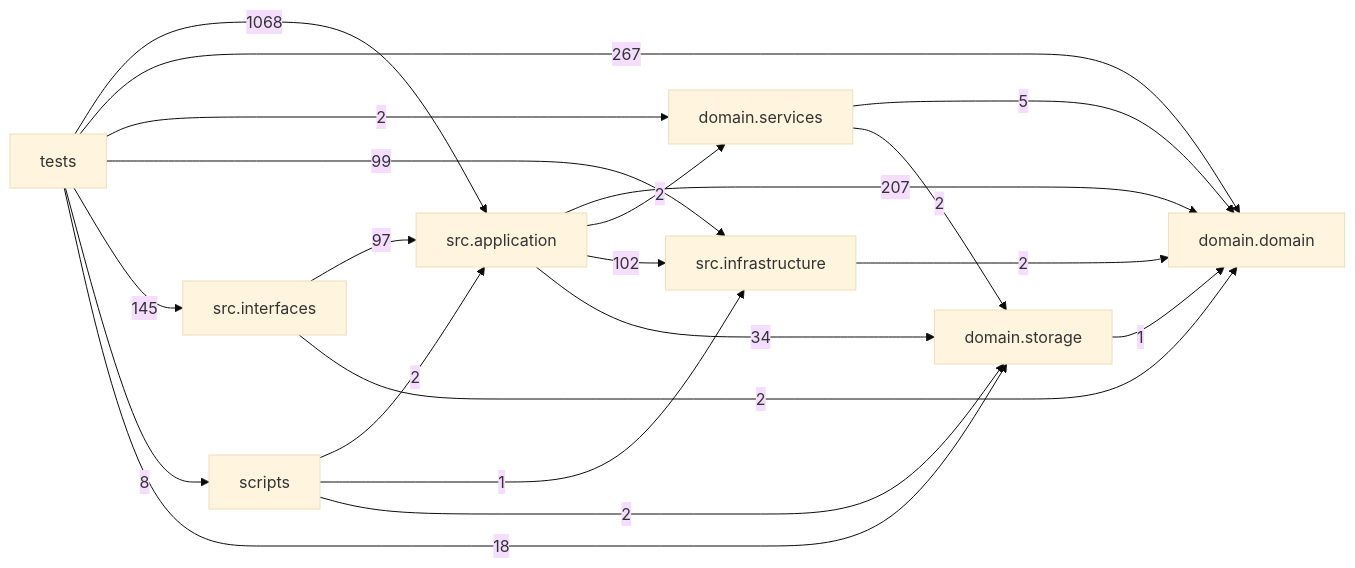
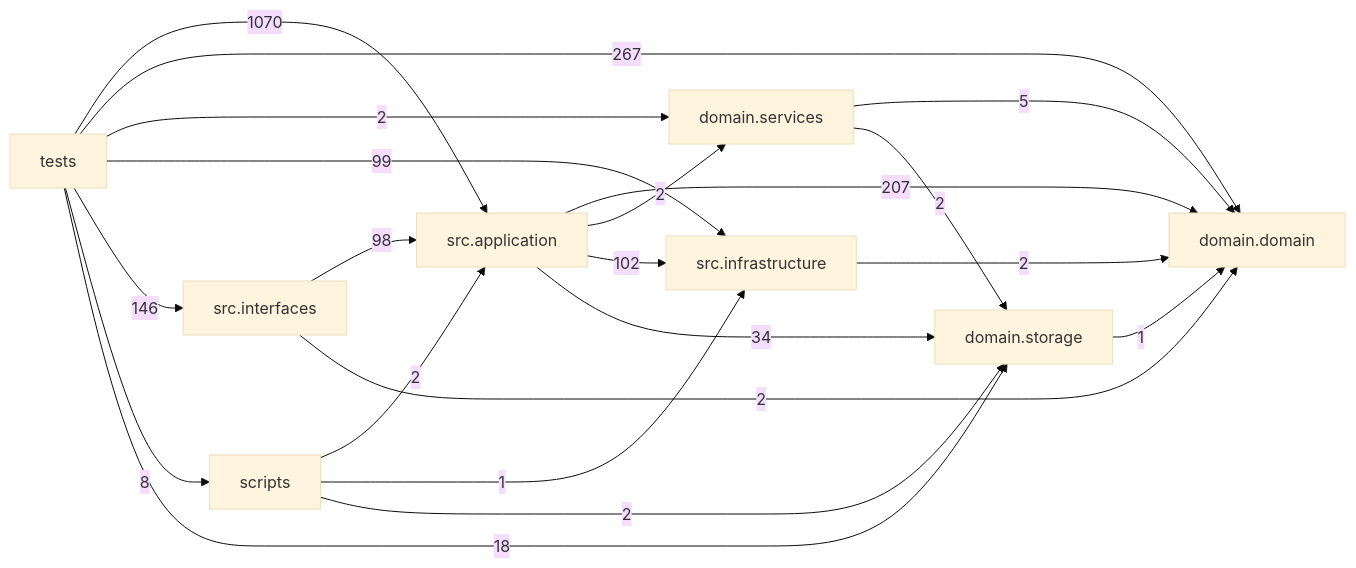
Before and after one commit to liuxie066/options-monitor: the diagram in docs/DEPENDENCY_GRAPH.md, drawn with Mermaid (base theme). The commit also changed other lines of this file and 13 other files, not shown here.

````diff
--- a/docs/DEPENDENCY_GRAPH.md
+++ b/docs/DEPENDENCY_GRAPH.md
@@ -24,31 +24,31 @@
 ```mermaid
 flowchart LR
   tests["tests"]
   scripts["scripts"]
   interfaces["src.interfaces"]
   application["src.application"]
   infrastructure["src.infrastructure"]
   domain_services["domain.services"]
   domain["domain.domain"]
   storage["domain.storage"]
   application -->|207| domain
   application -->|2| domain_services
   application -->|102| infrastructure
   application -->|34| storage
   domain_services -->|5| domain
   domain_services -->|2| storage
   infrastructure -->|2| domain
-  interfaces -->|97| application
+  interfaces -->|98| application
   interfaces -->|2| domain
   scripts -->|2| application
   scripts -->|1| infrastructure
   scripts -->|2| storage
   storage -->|1| domain
-  tests -->|1068| application
+  tests -->|1070| application
   tests -->|267| domain
   tests -->|2| domain_services
   tests -->|99| infrastructure
-  tests -->|145| interfaces
+  tests -->|146| interfaces
   tests -->|8| scripts
   tests -->|18| storage
 ```
````
